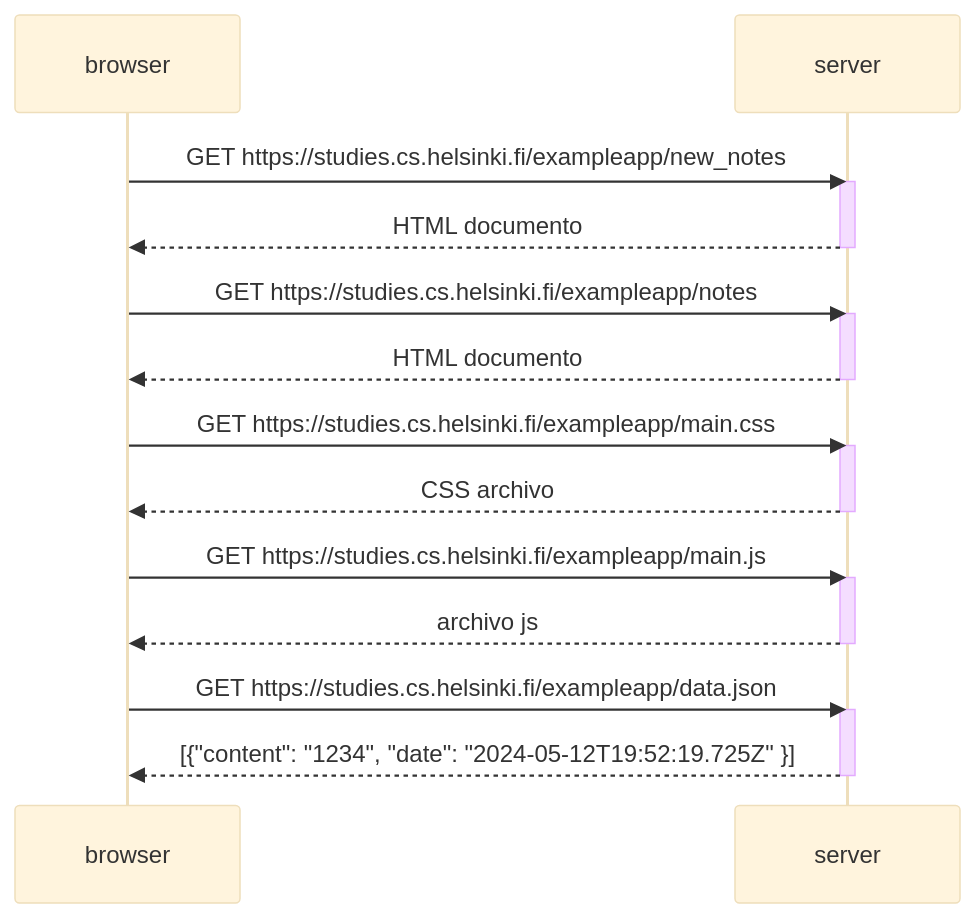
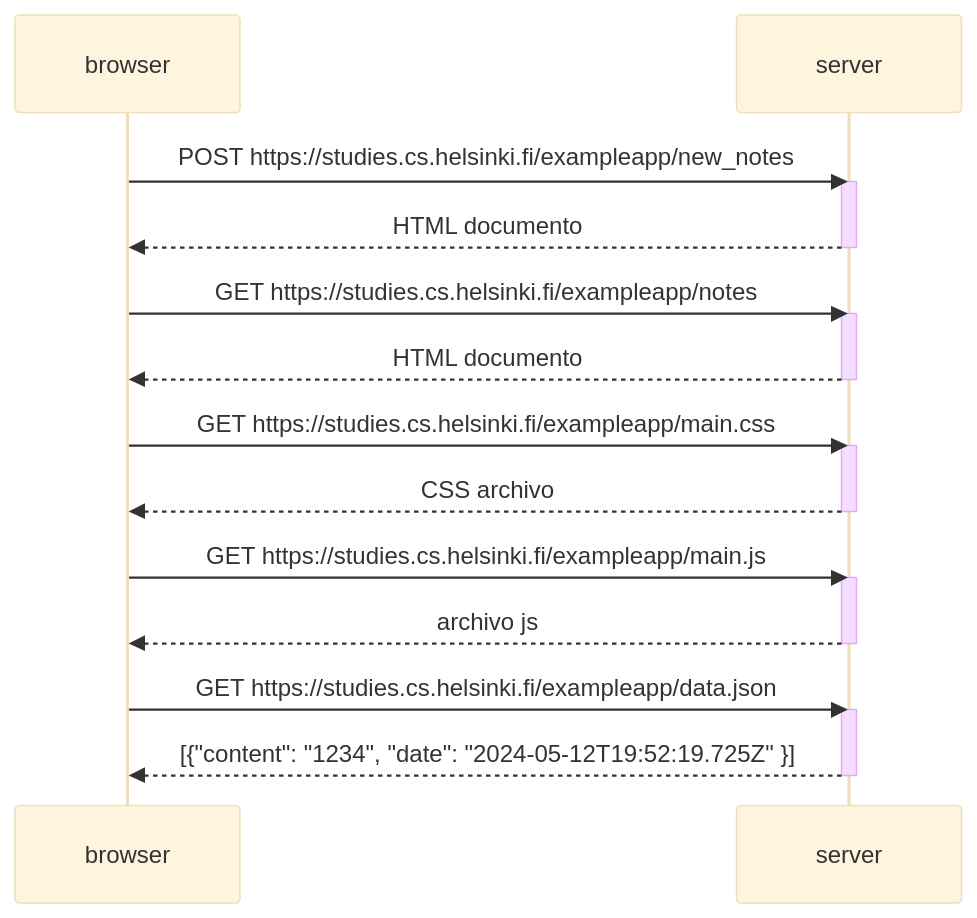
The diagram in DiagramaCrearNota.md (KevinMedrano21/DiagramasDeSecuenciaHTTP), drawn with Mermaid (base theme) before and after one commit.

````diff
--- a/DiagramaCrearNota.md
+++ b/DiagramaCrearNota.md
@@ -1,30 +1,30 @@
 ```mermaid
 sequenceDiagram
     participant browser
     participant server
   
-    browser->>server: GET https://studies.cs.helsinki.fi/exampleapp/new_notes
+    browser->>server: POST https://studies.cs.helsinki.fi/exampleapp/new_notes
     activate server
     server-->>browser: HTML documento
     deactivate server
   
     browser->>server: GET https://studies.cs.helsinki.fi/exampleapp/notes
     activate server
     server-->>browser: HTML documento
     deactivate server
 
     browser->>server: GET https://studies.cs.helsinki.fi/exampleapp/main.css
     activate server
     server-->>browser: CSS archivo
     deactivate server
   
     browser->>server: GET https://studies.cs.helsinki.fi/exampleapp/main.js
     activate server
     server-->>browser: archivo js
     deactivate server
   
     browser->> server: GET https://studies.cs.helsinki.fi/exampleapp/data.json
     activate server
     server-->>browser: [{"content": "1234", "date": "2024-05-12T19:52:19.725Z" }]
     deactivate server
 ```
````
